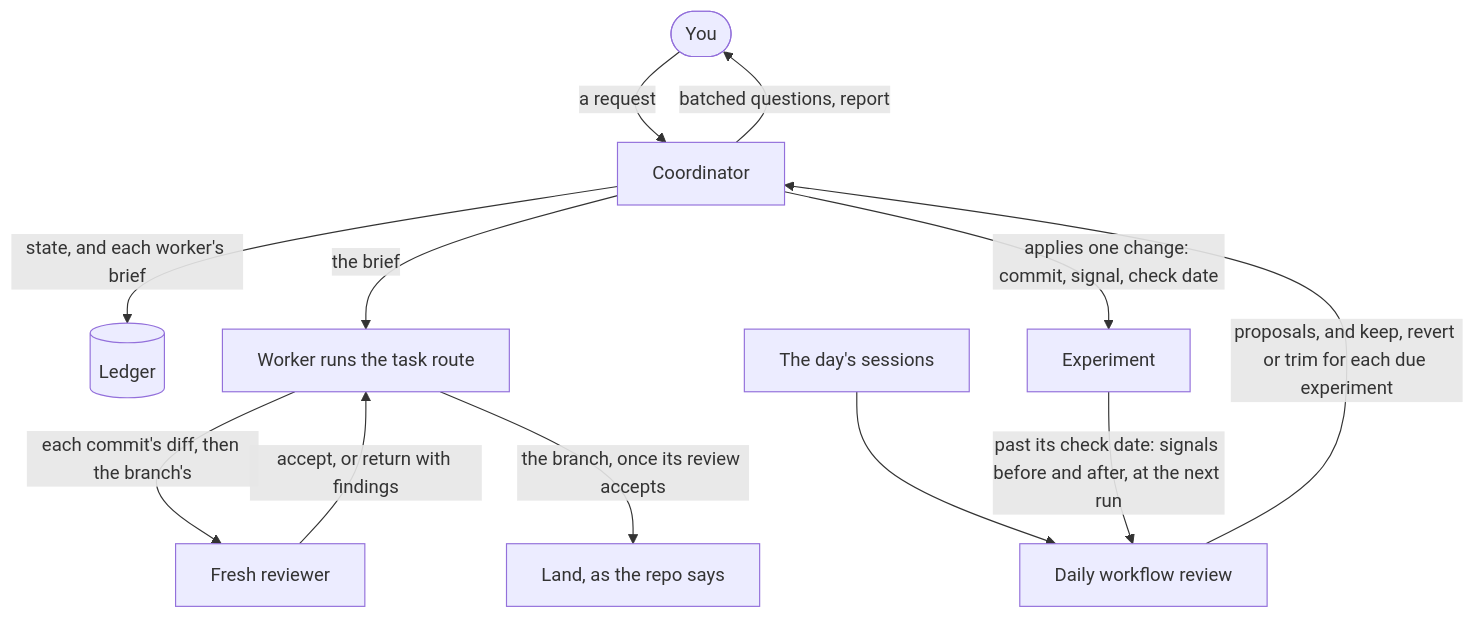
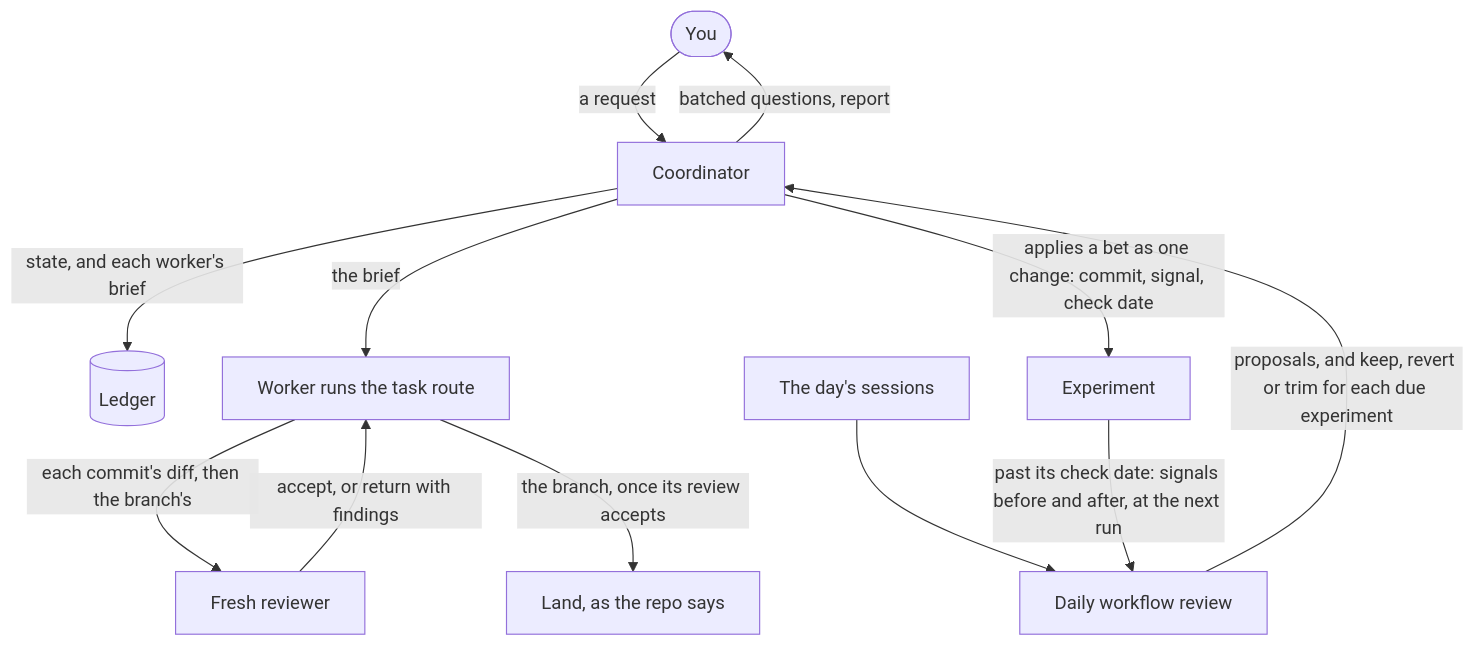
One commit to cniska/agent-skills changed the second of 4 diagrams in docs/loops.md. Above: the diagram before and after it, drawn with Mermaid. The commit also changed other lines of this file and 6 other files, not shown here.

````diff
--- a/docs/loops.md
+++ b/docs/loops.md
@@ -38,14 +38,14 @@
 ```mermaid
 flowchart TD
   you(["You"]) -- "a request" --> lead["Coordinator"]
   lead -- "state, and each worker's brief" --> ledger[("Ledger")]
   lead -- "batched questions, report" --> you
   lead -- "the brief" --> worker["Worker runs the task route"]
   worker -- "each commit's diff, then the branch's" --> reviewer["Fresh reviewer"]
   reviewer -- "accept, or return with findings" --> worker
   worker -- "the branch, once its review accepts" --> land["Land, as the repo says"]
   day["The day's sessions"] --> review["Daily workflow review"]
   review -- "proposals, and keep, revert or trim for each due experiment" --> lead
-  lead -- "applies one change: commit, signal, check date" --> exp["Experiment"]
+  lead -- "applies a bet as one change: commit, signal, check date" --> exp["Experiment"]
   exp -- "past its check date: signals before and after, at the next run" --> review
 ```
````
